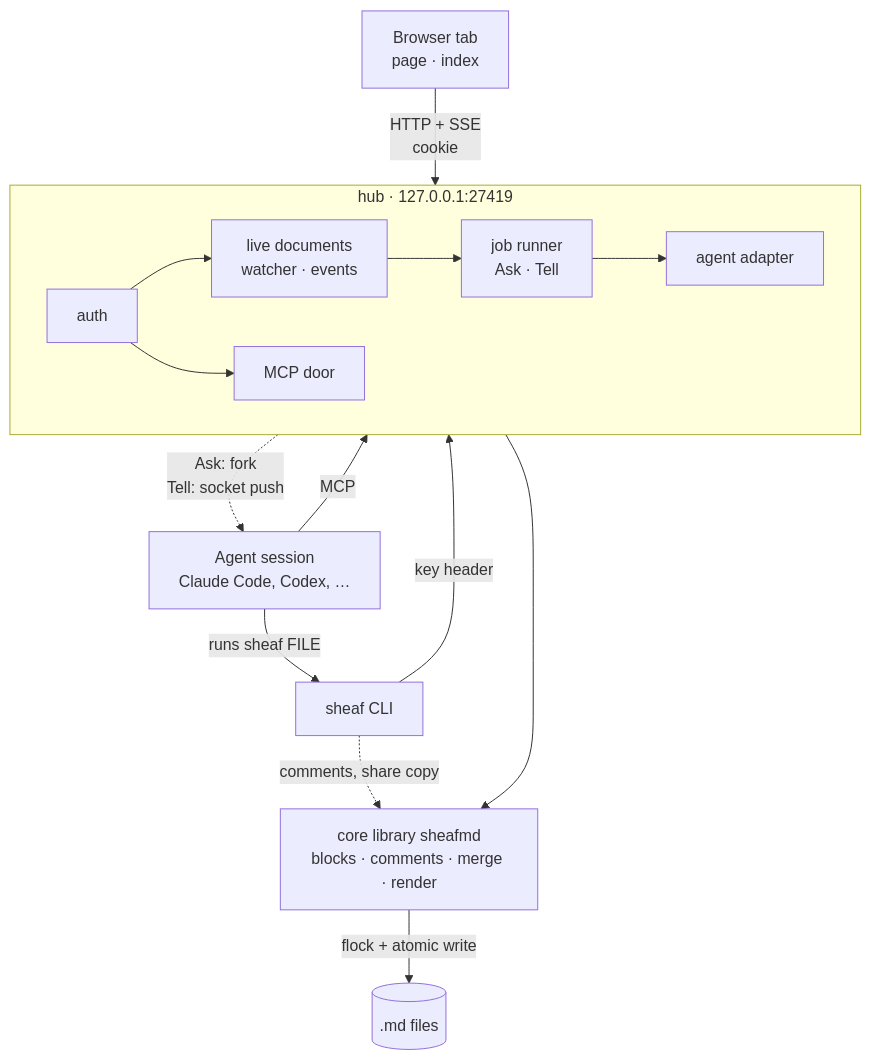
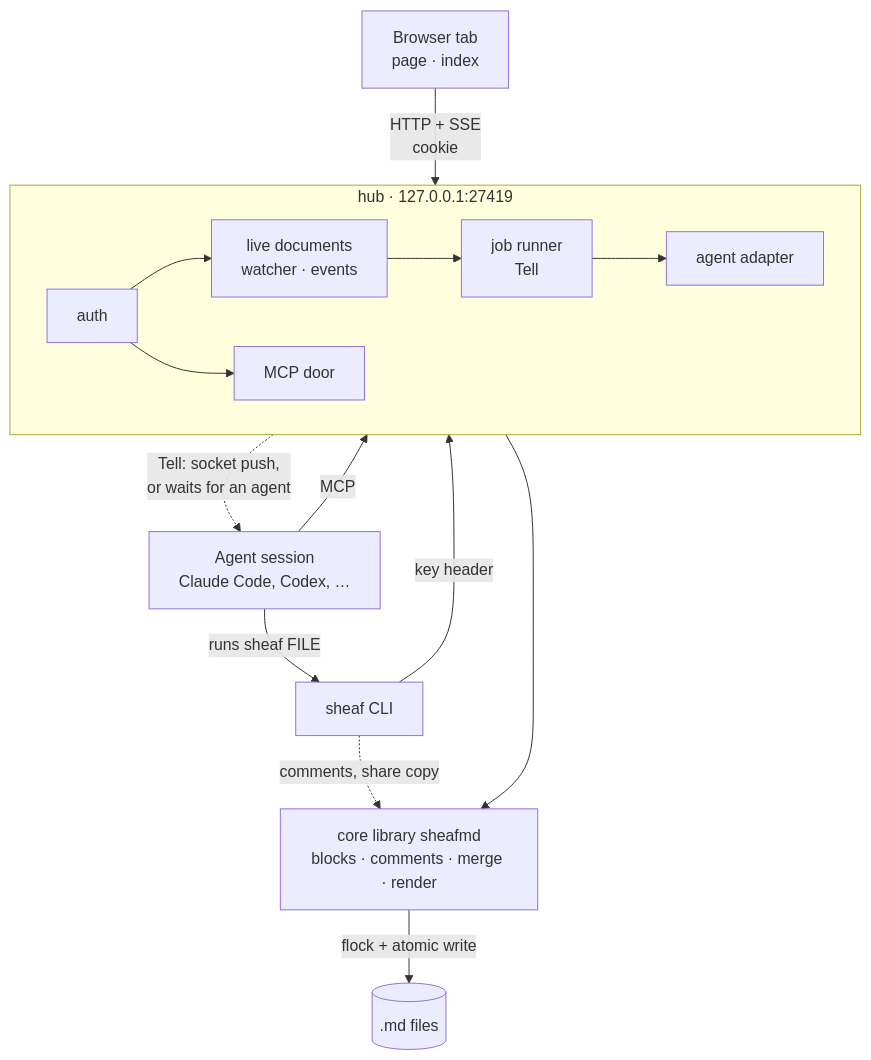
The first of 8 diagrams in SPEC.md (sweatshop-ai/sheaf), drawn with Mermaid before and after one commit. The commit also changed other lines of this file and 2 other files, not shown here.

First line of the commit message:
SPEC: retire Ask; agents, their tokens, and Tells that wait for them

````diff
--- a/SPEC.md
+++ b/SPEC.md
@@ -71,21 +74,21 @@
 ```mermaid
 flowchart TB
     tab["Browser tab<br/>page · index"]
     agent["Agent session<br/>Claude Code, Codex, …"]
     cli["sheaf CLI"]
     subgraph HUB["hub · 127.0.0.1:27419"]
         direction LR
-        auth["auth"] --> live["live documents<br/>watcher · events"] --> jobs["job runner<br/>Ask · Tell"] --> adapter["agent adapter"]
+        auth["auth"] --> live["live documents<br/>watcher · events"] --> jobs["job runner<br/>Tell"] --> adapter["agent adapter"]
         auth --> door["MCP door"]
     end
     core["core library sheafmd<br/>blocks · comments · merge · render"]
     md[(".md files")]
     tab -->|"HTTP + SSE<br/>cookie"| HUB
     agent -->|"runs sheaf FILE"| cli
     cli -->|"key header"| HUB
     agent -->|"MCP"| HUB
-    HUB -.->|"Ask: fork<br/>Tell: socket push"| agent
+    HUB -.->|"Tell: socket push,<br/>or waits for an agent"| agent
     HUB --> core
     cli -.->|"comments, share copy"| core
     core -->|"flock + atomic write"| md
 ```
````
